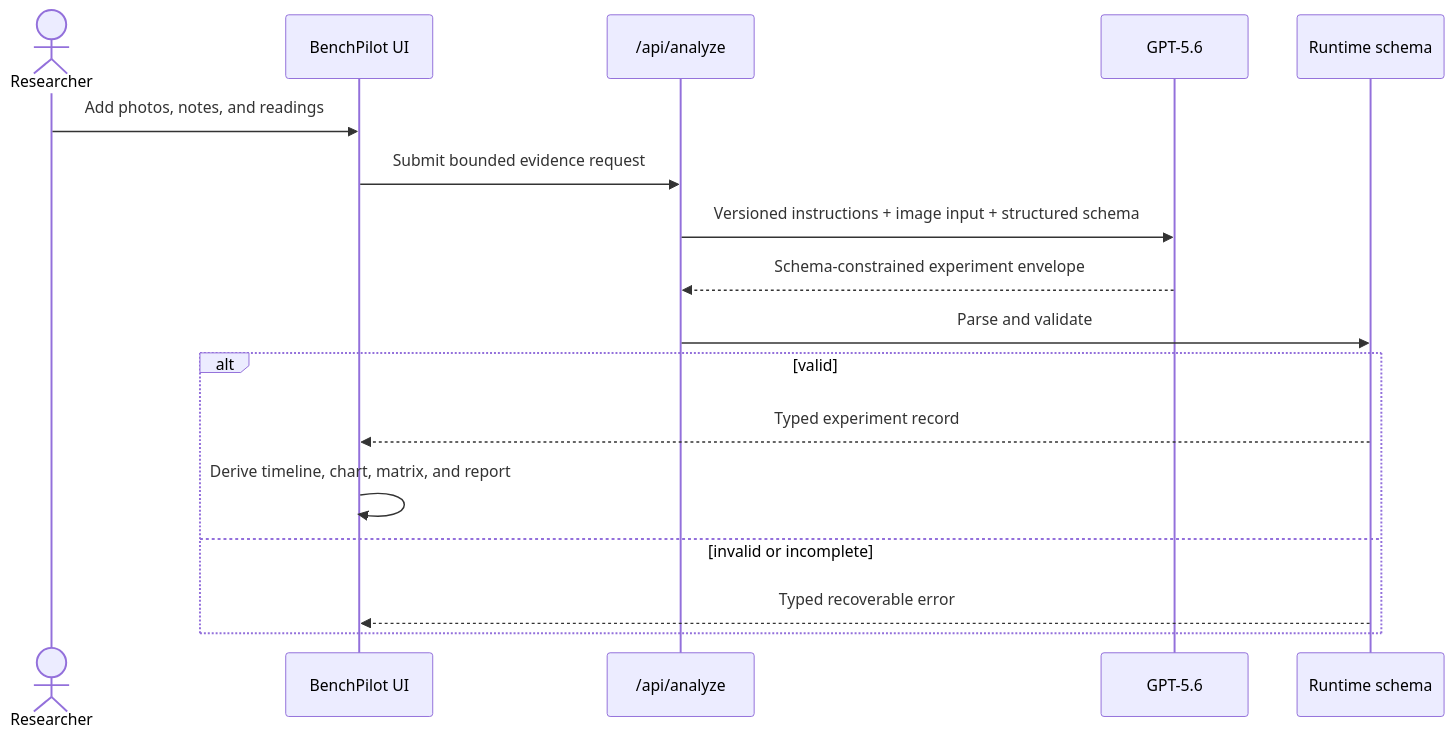
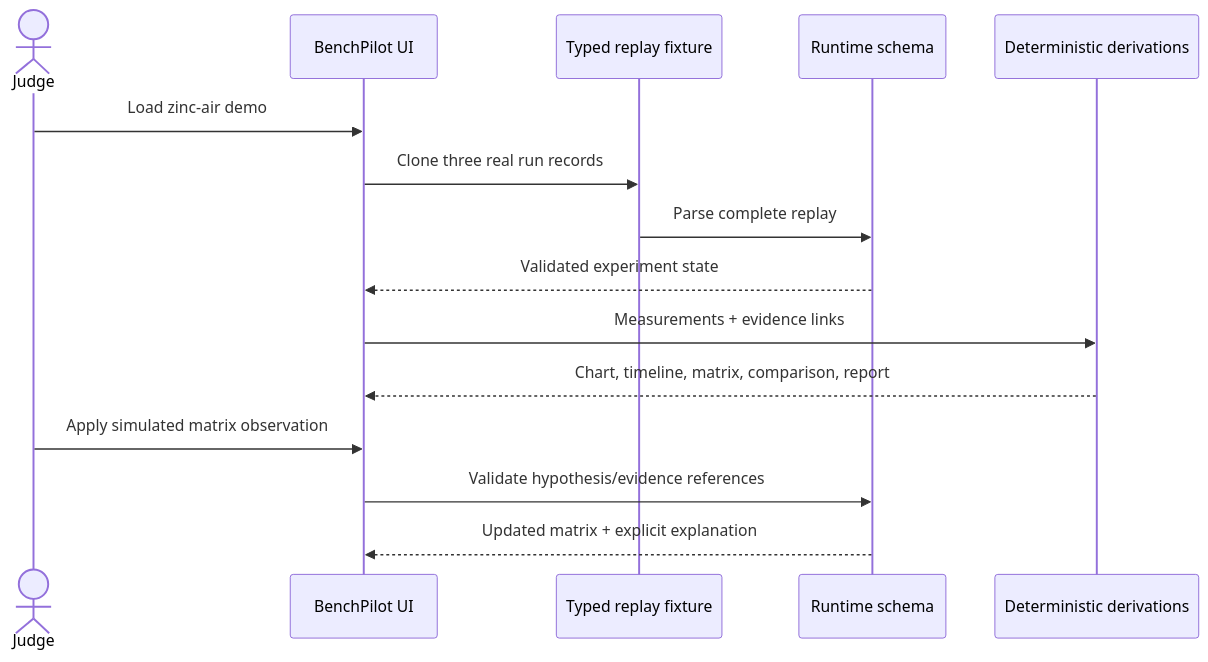
The second of 2 diagrams in ARCHITECTURE.md (samuraicobra/BenchPilot), drawn with Mermaid before and after one commit. The commit also changed other lines of this file and 26 other files, not shown here.

````diff
--- a/ARCHITECTURE.md
+++ b/ARCHITECTURE.md
@@ -51,20 +50,18 @@
 ```mermaid
 sequenceDiagram
-  actor Researcher
+  actor Judge
   participant UI as BenchPilot UI
-  participant API as /api/analyze
-  participant Model as GPT-5.6
+  participant Fixture as Typed replay fixture
   participant Schema as Runtime schema
+  participant Derive as Deterministic derivations
 
-  Researcher->>UI: Add photos, notes, and readings
-  UI->>API: Submit bounded evidence request
-  API->>Model: Versioned instructions + image input + structured schema
-  Model-->>API: Schema-constrained experiment envelope
-  API->>Schema: Parse and validate
-  alt valid
-    Schema-->>UI: Typed experiment record
-    UI->>UI: Derive timeline, chart, matrix, and report
-  else invalid or incomplete
-    Schema-->>UI: Typed recoverable error
-  end
+  Judge->>UI: Load zinc-air demo
+  UI->>Fixture: Clone three real run records
+  Fixture->>Schema: Parse complete replay
+  Schema-->>UI: Validated experiment state
+  UI->>Derive: Measurements + evidence links
+  Derive-->>UI: Chart, timeline, matrix, comparison, report
+  Judge->>UI: Apply simulated matrix observation
+  UI->>Schema: Validate hypothesis/evidence references
+  Schema-->>UI: Updated matrix + explicit explanation
 ```
````
